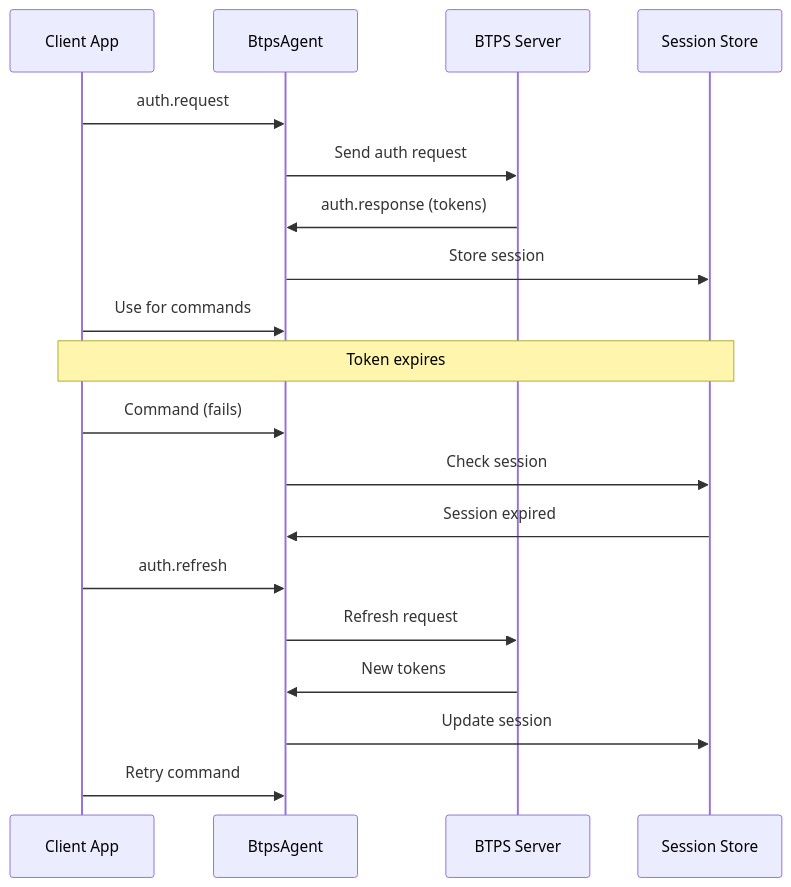
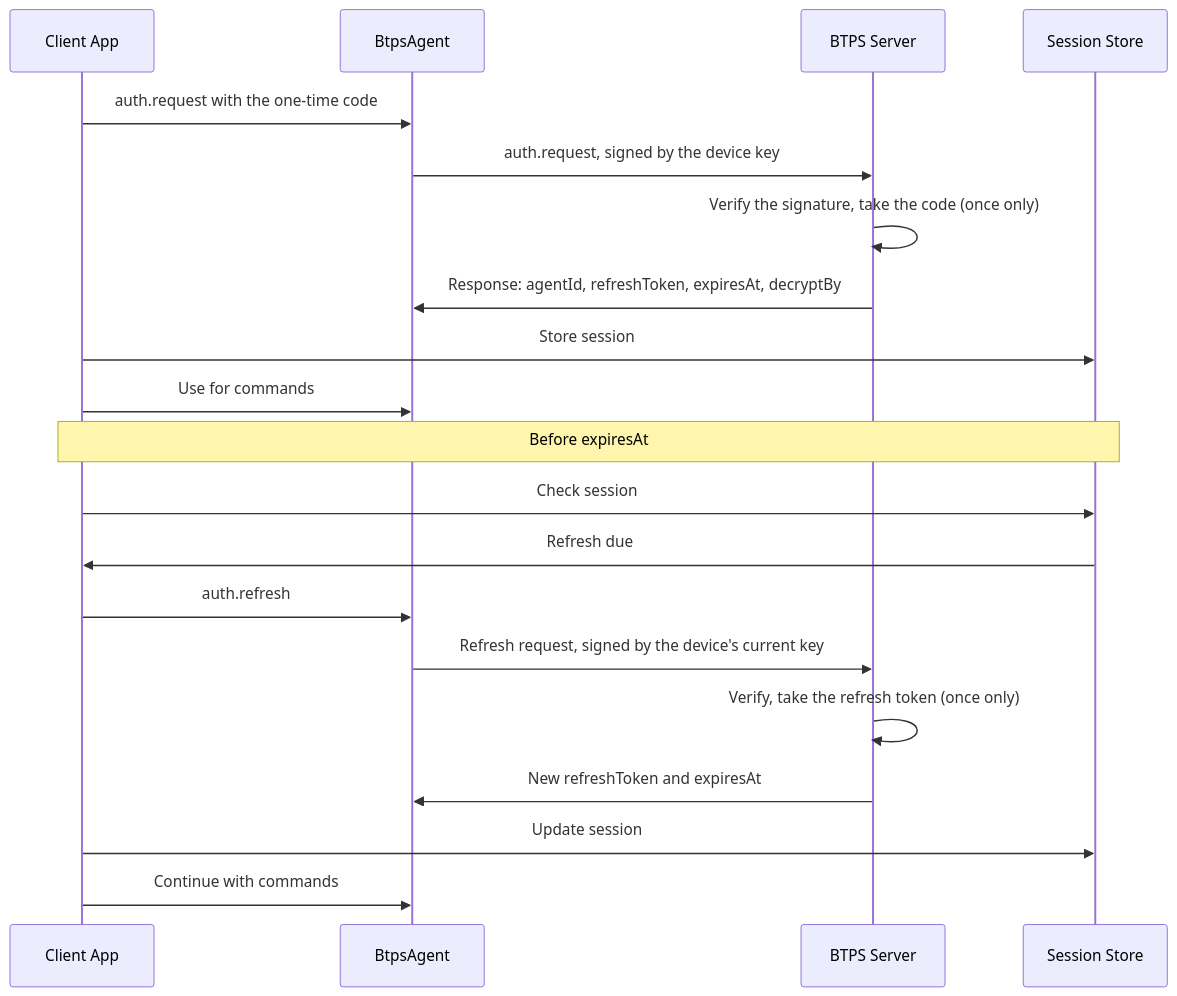
Before and after one commit to openbtps/btps-node: the diagram in docs/docusaurus/docs/getting-started/client/authentication.md, drawn with Mermaid. The commit also changed other lines of this file and 26 other files, not shown here.

First line of the commit message:
Docs: bring every diagram in line with 1.1

````diff
--- a/docs/docusaurus/docs/getting-started/client/authentication.md
+++ b/docs/docusaurus/docs/getting-started/client/authentication.md
@@ -21,23 +21,24 @@
 ```mermaid
 sequenceDiagram
     participant App as Client App
     participant Agent as BtpsAgent
     participant Server as BTPS Server
     participant Store as Session Store
 
-    App->>Agent: auth.request
-    Agent->>Server: Send auth request
-    Server->>Agent: auth.response (tokens)
-    Agent->>Store: Store session
+    App->>Agent: auth.request with the one-time code
+    Agent->>Server: auth.request, signed by the device key
+    Server->>Server: Verify the signature, take the code (once only)
+    Server->>Agent: Response: agentId, refreshToken, expiresAt, decryptBy
+    App->>Store: Store session
     App->>Agent: Use for commands
 
-    Note over App,Store: Token expires
-    App->>Agent: Command (fails)
-    Agent->>Store: Check session
-    Store->>Agent: Session expired
+    Note over App,Store: Before expiresAt
+    App->>Store: Check session
+    Store->>App: Refresh due
     App->>Agent: auth.refresh
-    Agent->>Server: Refresh request
-    Server->>Agent: New tokens
-    Agent->>Store: Update session
-    App->>Agent: Retry command
+    Agent->>Server: Refresh request, signed by the device's current key
+    Server->>Server: Verify, take the refresh token (once only)
+    Server->>Agent: New refreshToken and expiresAt
+    App->>Store: Update session
+    App->>Agent: Continue with commands
 ```
````
